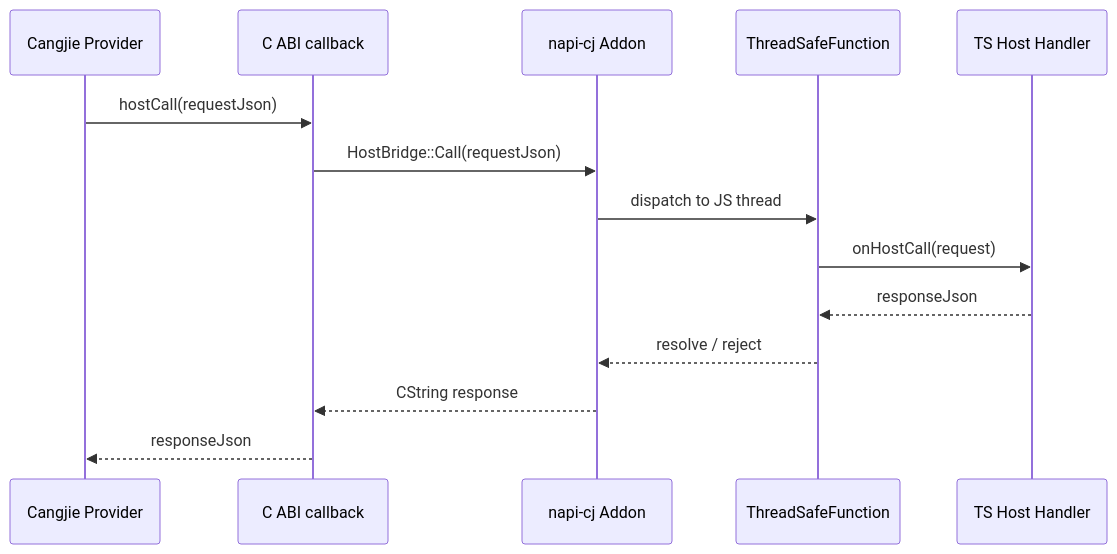
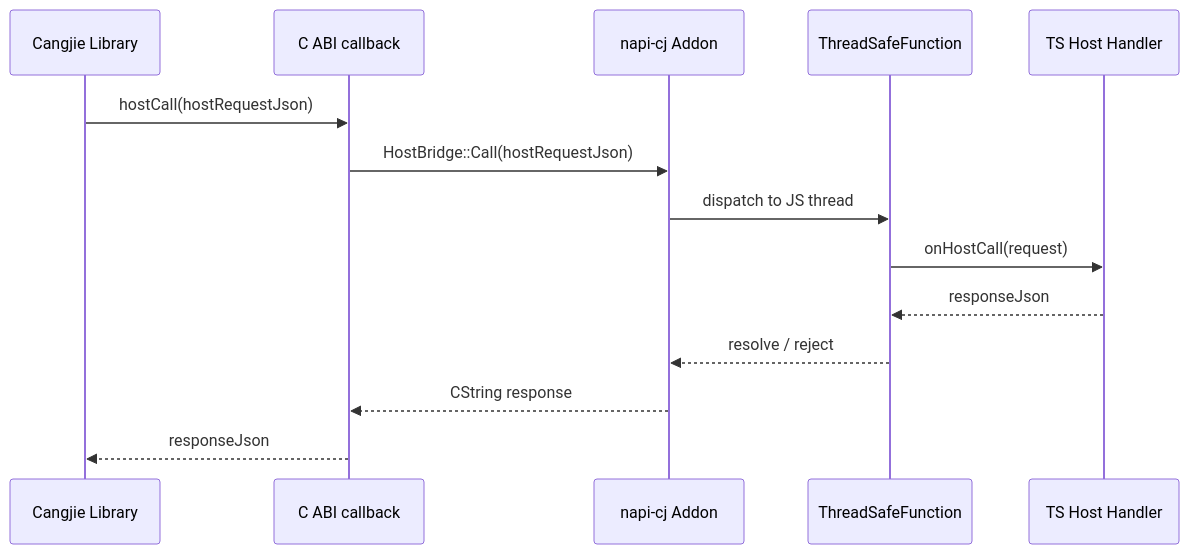
The diagram in docs/napi-cj/foundation/host-bridge-design.md (TheAceTeam/AceHarness), drawn with Mermaid before and after one commit. The commit also changed other lines of this file and 11 other files, not shown here.

````diff
--- a/docs/napi-cj/foundation/host-bridge-design.md
+++ b/docs/napi-cj/foundation/host-bridge-design.md
@@ -33,17 +33,17 @@
 ```mermaid
 sequenceDiagram
-  participant CJ as Cangjie Provider
+  participant CJ as Cangjie Library
   participant ABI as C ABI callback
   participant ADDON as napi-cj Addon
   participant TSFN as ThreadSafeFunction
   participant TS as TS Host Handler
 
-  CJ->>ABI: hostCall(requestJson)
-  ABI->>ADDON: HostBridge::Call(requestJson)
+  CJ->>ABI: hostCall(hostRequestJson)
+  ABI->>ADDON: HostBridge::Call(hostRequestJson)
   ADDON->>TSFN: dispatch to JS thread
   TSFN->>TS: onHostCall(request)
   TS-->>TSFN: responseJson
   TSFN-->>ADDON: resolve / reject
   ADDON-->>ABI: CString response
   ABI-->>CJ: responseJson
 ```
````
